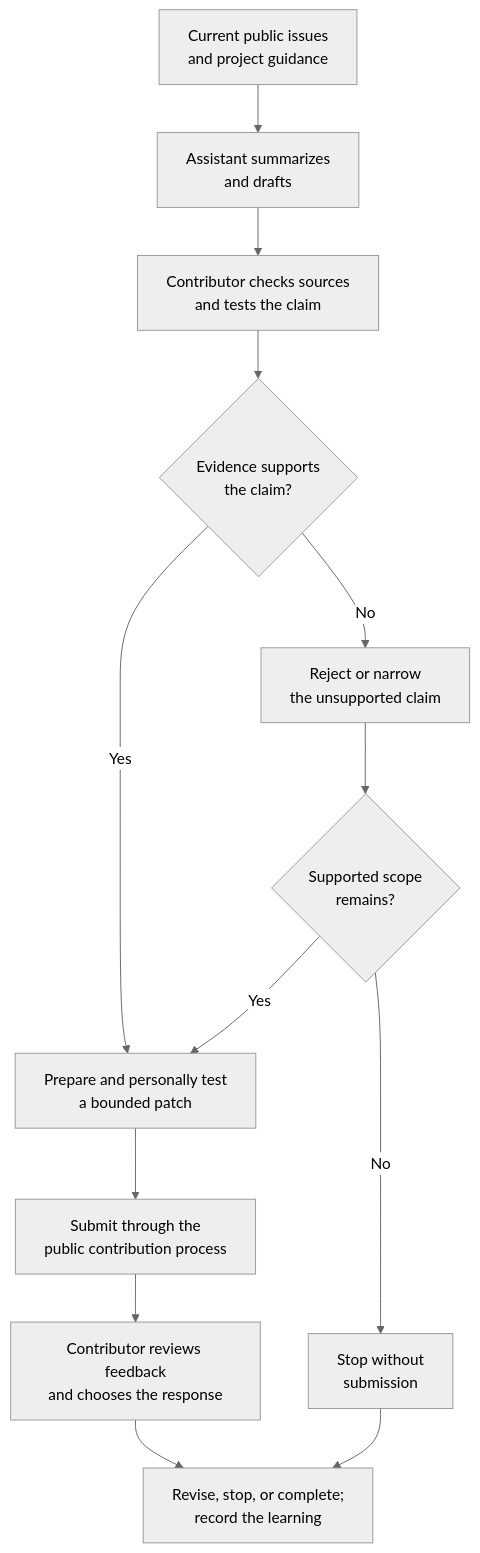
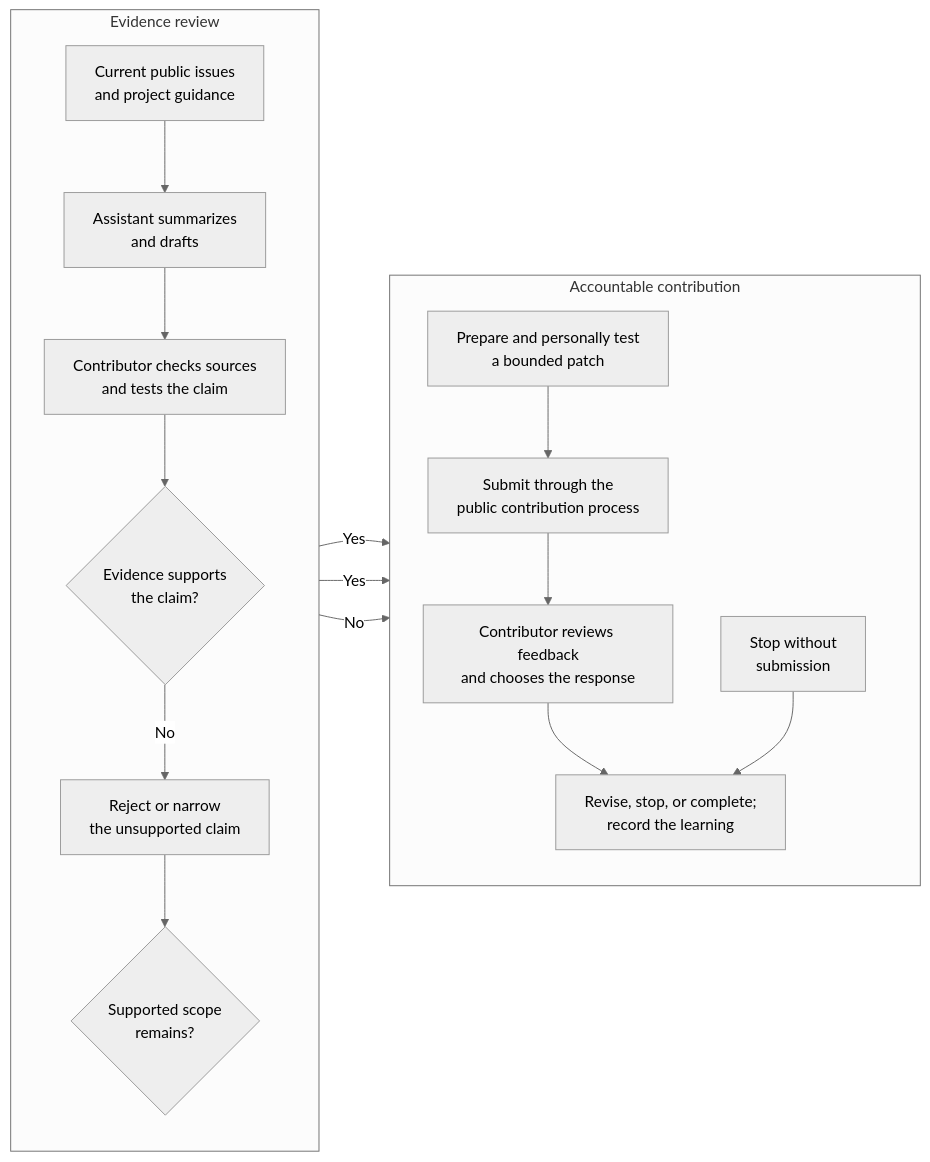
Before and after one commit to BradGroux/influence-operating-framework: the diagram in examples/03-assisted-open-source-contribution.md, drawn with Mermaid (neutral theme). The commit also changed 1 other file, not shown here.

Commit message:
docs: refine visualization clarity

````diff
--- a/examples/03-assisted-open-source-contribution.md
+++ b/examples/03-assisted-open-source-contribution.md
@@ -20,15 +20,23 @@
 ```mermaid
-flowchart TD
-    P["Current public issues<br/>and project guidance"] --> A["Assistant summarizes<br/>and drafts"]
-    A --> H["Contributor checks sources<br/>and tests the claim"]
-    H --> D{"Evidence supports<br/>the claim?"}
-    D -- "No" --> N["Reject or narrow<br/>the unsupported claim"]
-    D -- "Yes" --> T["Prepare and personally test<br/>a bounded patch"]
-    N --> Q{"Supported scope<br/>remains?"}
-    Q -- "No" --> X["Stop without<br/>submission"]
+flowchart LR
+    subgraph R["Evidence review"]
+        direction TB
+        P["Current public issues<br/>and project guidance"] --> A["Assistant summarizes<br/>and drafts"]
+        A --> H["Contributor checks sources<br/>and tests the claim"]
+        H --> D{"Evidence supports<br/>the claim?"}
+        D -- "No" --> N["Reject or narrow<br/>the unsupported claim"]
+        N --> Q{"Supported scope<br/>remains?"}
+    end
+
+    subgraph C["Accountable contribution"]
+        direction TB
+        T["Prepare and personally test<br/>a bounded patch"] --> S["Submit through the<br/>public contribution process"]
+        S --> F["Contributor reviews feedback<br/>and chooses the response"]
+        F --> L["Revise, stop, or complete;<br/>record the learning"]
+        X["Stop without<br/>submission"] --> L
+    end
+
+    D -- "Yes" --> T
     Q -- "Yes" --> T
-    T --> S["Submit through the<br/>public contribution process"]
-    S --> F["Contributor reviews feedback<br/>and chooses the response"]
-    F --> L["Revise, stop, or complete;<br/>record the learning"]
-    X --> L
+    Q -- "No" --> X
 ```
````
